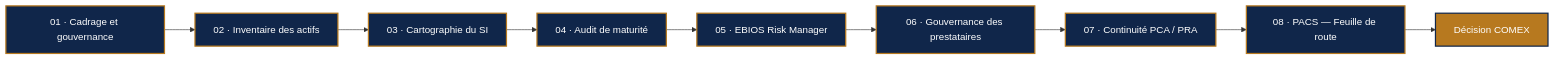
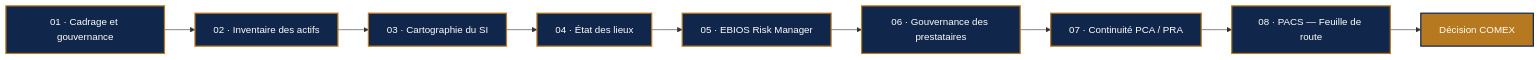
Before and after one commit to Yamga-wilfried/portfolio: the first of 4 diagrams in mission-rssi-hexagone-bank/README.md, drawn with Mermaid. The commit also changed other lines of this file, not shown here.

Commit message:
Expand SLA/PAS and PCA/PRA into full sections, credit solo authorship, surface referentials, rename audit interne to etat des lieux

````diff
--- a/mission-rssi-hexagone-bank/README.md
+++ b/mission-rssi-hexagone-bank/README.md
@@ -96,16 +119,16 @@
 ```mermaid
 flowchart LR
     A["01 · Cadrage et gouvernance"] --> B["02 · Inventaire des actifs"]
     B --> C["03 · Cartographie du SI"]
-    C --> D["04 · Audit de maturité"]
+    C --> D["04 · État des lieux"]
     D --> E["05 · EBIOS Risk Manager"]
     E --> F["06 · Gouvernance des prestataires"]
     F --> G["07 · Continuité PCA / PRA"]
     G --> H["08 · PACS — Feuille de route"]
     H --> I["Décision COMEX"]
 
     classDef step fill:#10264A,stroke:#B7791F,stroke-width:2px,color:#ffffff
     classDef final fill:#B7791F,stroke:#10264A,stroke-width:2px,color:#ffffff
     class A,B,C,D,E,F,G,H step
     class I final
 ```
````
